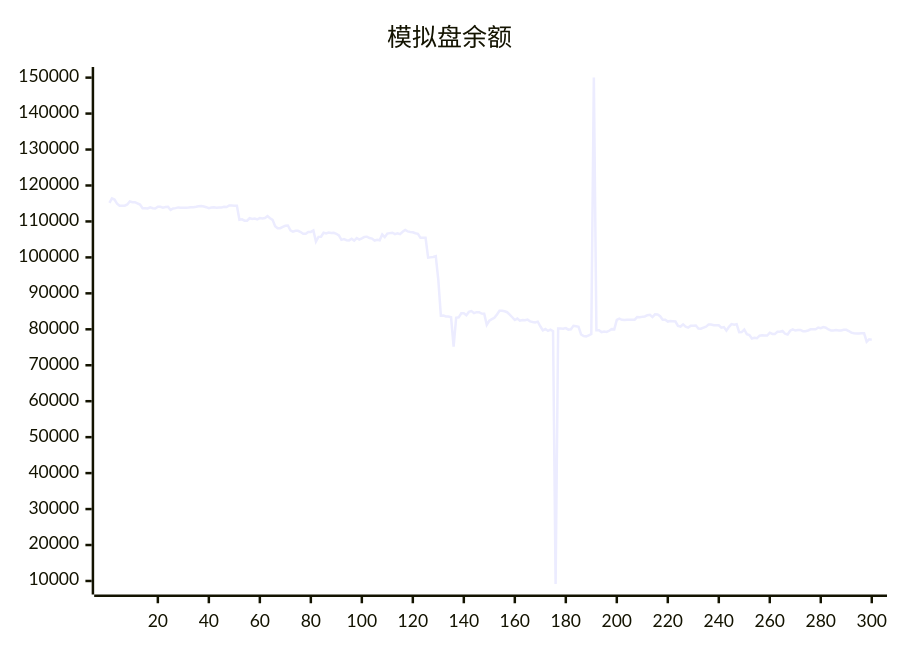
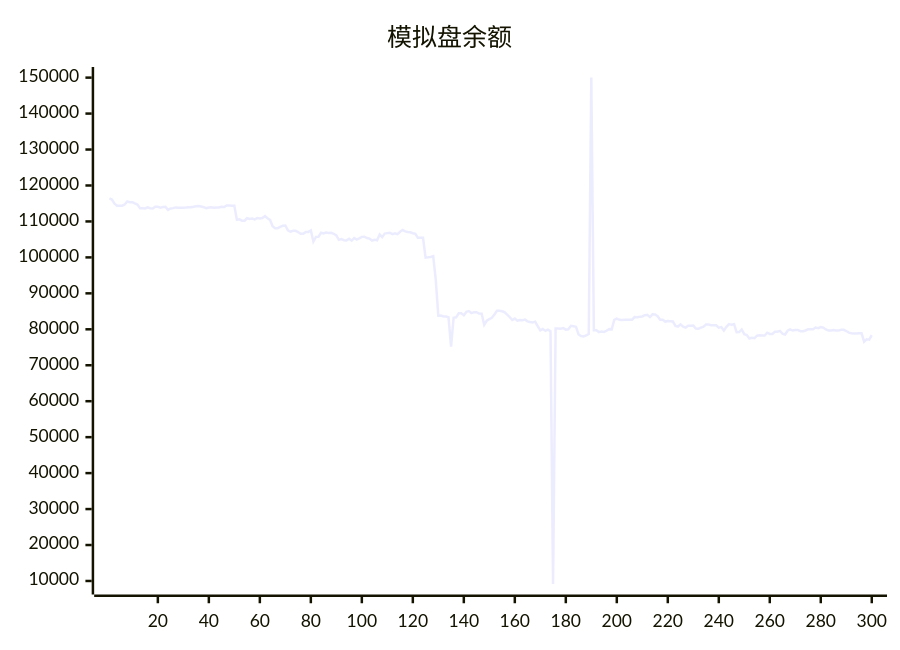
Before and after one commit to aahl/ai-trading: the diagram in README.md, drawn with Mermaid. The commit also changed other lines of this file and 1 other file, not shown here.

````diff
--- a/README.md
+++ b/README.md
@@ -5,5 +5,5 @@
 ```mermaid
 xychart
     title "模拟盘余额"
-    line [115160,116423,116083,114950,114365,114365,114388,114730,115582,115358,115358,115032,114686,113688,113688,113610,113930,113672,113585,114083,114074,113840,113996,114051,113208,113593,113701,113901,113794,113784,113810,113848,113927,113929,114064,114232,114293,114144,113960,113698,113853,113942,113812,113908,113877,114091,113998,114427,114422,114384,114384,110477,110576,110198,110198,110890,110712,110812,110569,110929,110847,110968,111478,110870,110433,108661,108116,108115,108485,108797,108877,107536,107134,107393,107393,107046,106565,106565,107081,107081,107478,104404,105715,105749,106866,106651,106889,106771,106816,106565,106141,104876,105103,104796,104734,105169,104690,105380,104941,105272,105709,105739,105374,105227,104691,104924,104762,106364,105628,106608,106748,106872,106485,106721,106468,107132,107620,107224,107080,107001,106717,106567,105431,105431,105440,99950,100017,100113,100337,93749,83795,83807,83567,83567,83342,75168,83222,83336,84448,84449,83896,84839,85065,84499,84757,84757,84364,84347,81254,82385,82835,83184,84099,85150,85150,85002,84751,84096,83356,82582,82983,82404,82572,82512,82688,82200,82047,81920,82125,80840,79688,80060,79552,79920,79470,9193,80236,80208,80170,80336,79894,80006,80954,80837,80712,78561,78139,78037,78293,78682,150000,79720,79720,79214,79372,79279,79591,80046,79993,82625,82950,82626,82571,82633,82670,82670,82681,83386,83378,83464,83579,83920,84037,83402,84160,84142,83652,82655,82655,82145,82315,82243,82163,80934,80770,81371,80742,80468,80989,80989,81067,80191,80155,80450,80737,81309,81309,81106,81119,81119,80471,80631,79624,80670,81448,81290,81429,79212,79222,79940,78643,78380,77432,77623,77504,78235,78358,78284,78277,79048,78714,78714,79290,79308,79567,78763,78563,79603,79988,79652,79813,79813,79476,79469,79673,79995,80015,80015,80486,80314,80600,80436,79966,79689,79689,79819,79692,79692,79850,79850,79518,79071,78889,78850,78850,78878,78878,76554,77202,77103]
+    line [116423,116083,114950,114365,114365,114388,114730,115582,115358,115358,115032,114686,113688,113688,113610,113930,113672,113585,114083,114074,113840,113996,114051,113208,113593,113701,113901,113794,113784,113810,113848,113927,113929,114064,114232,114293,114144,113960,113698,113853,113942,113812,113908,113877,114091,113998,114427,114422,114384,114384,110477,110576,110198,110198,110890,110712,110812,110569,110929,110847,110968,111478,110870,110433,108661,108116,108115,108485,108797,108877,107536,107134,107393,107393,107046,106565,106565,107081,107081,107478,104404,105715,105749,106866,106651,106889,106771,106816,106565,106141,104876,105103,104796,104734,105169,104690,105380,104941,105272,105709,105739,105374,105227,104691,104924,104762,106364,105628,106608,106748,106872,106485,106721,106468,107132,107620,107224,107080,107001,106717,106567,105431,105431,105440,99950,100017,100113,100337,93749,83795,83807,83567,83567,83342,75168,83222,83336,84448,84449,83896,84839,85065,84499,84757,84757,84364,84347,81254,82385,82835,83184,84099,85150,85150,85002,84751,84096,83356,82582,82983,82404,82572,82512,82688,82200,82047,81920,82125,80840,79688,80060,79552,79920,79470,9193,80236,80208,80170,80336,79894,80006,80954,80837,80712,78561,78139,78037,78293,78682,150000,79720,79720,79214,79372,79279,79591,80046,79993,82625,82950,82626,82571,82633,82670,82670,82681,83386,83378,83464,83579,83920,84037,83402,84160,84142,83652,82655,82655,82145,82315,82243,82163,80934,80770,81371,80742,80468,80989,80989,81067,80191,80155,80450,80737,81309,81309,81106,81119,81119,80471,80631,79624,80670,81448,81290,81429,79212,79222,79940,78643,78380,77432,77623,77504,78235,78358,78284,78277,79048,78714,78714,79290,79308,79567,78763,78563,79603,79988,79652,79813,79813,79476,79469,79673,79995,80015,80015,80486,80314,80600,80436,79966,79689,79689,79819,79692,79692,79850,79850,79518,79071,78889,78850,78850,78878,78878,76554,77202,77103,78357]
 ```
````
